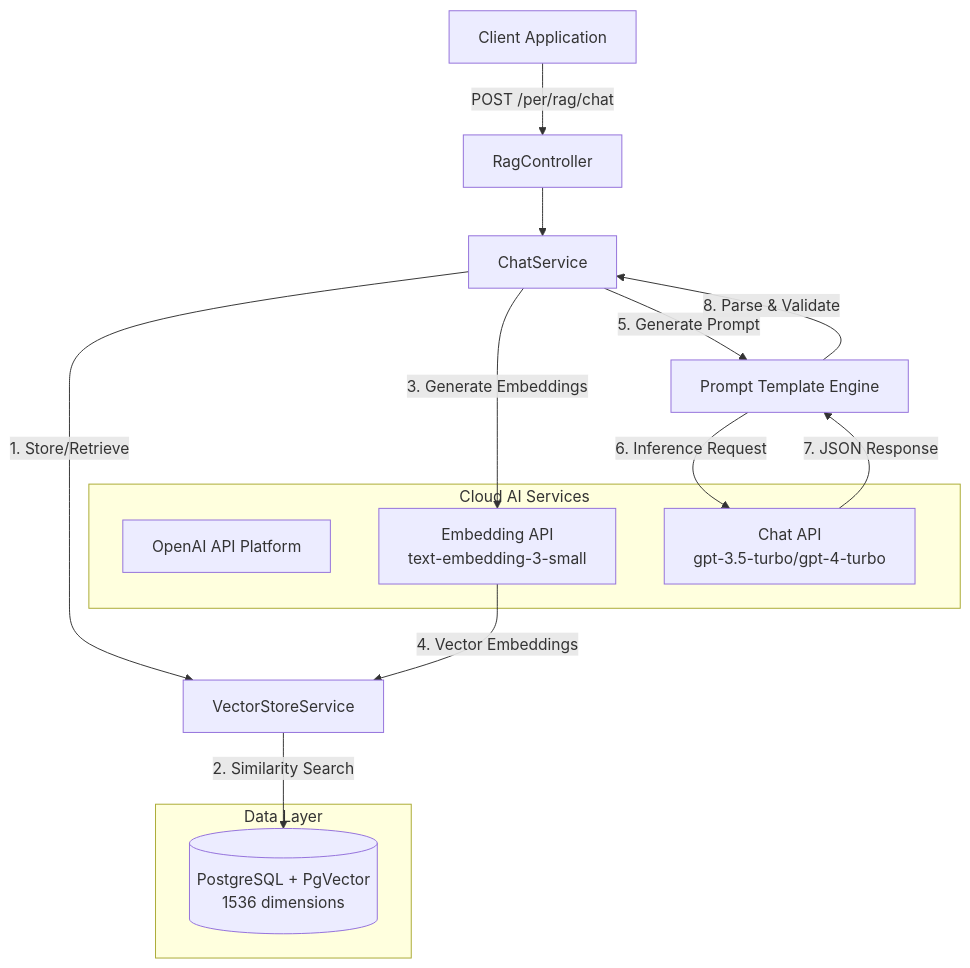
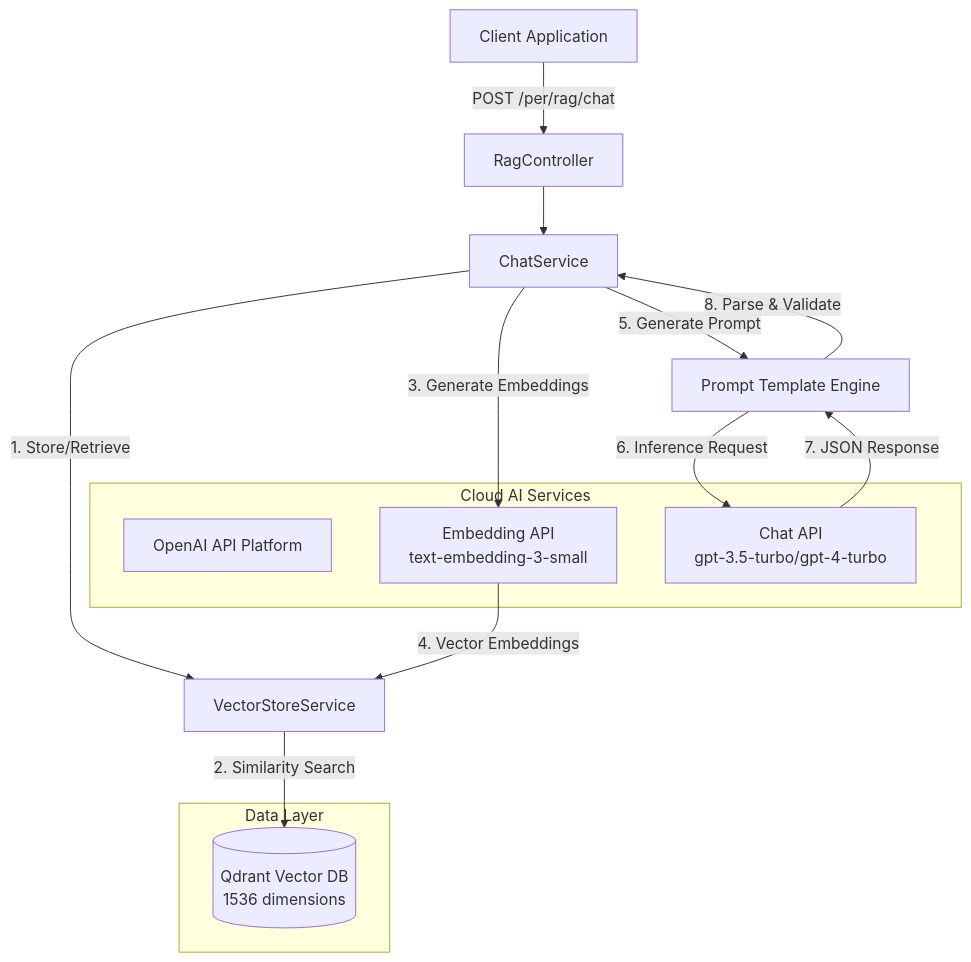
The diagram in document/rag/README_en.rag.md (NguyenMinh1301/Per), drawn with Mermaid before and after one commit. The commit also changed other lines of this file and 5 other files, not shown here.

Commit message:
refactor(rag): migrate vector store implementation to qdrant

````diff
--- a/document/rag/README_en.rag.md
+++ b/document/rag/README_en.rag.md
@@ -36,24 +36,24 @@
 ```mermaid
 graph TD
     Client[Client Application] -->|POST /per/rag/chat| Controller[RagController]
     Controller --> Service[ChatService]
     
     subgraph Data Layer
-        DB[(PostgreSQL + PgVector<br/>1536 dimensions)]
+        Qdrant[(Qdrant Vector DB<br/>1536 dimensions)]
     end
     
     subgraph Cloud AI Services
         OpenAI[OpenAI API Platform]
         EmbedAPI[Embedding API<br/>text-embedding-3-small]
         ChatAPI[Chat API<br/>gpt-3.5-turbo/gpt-4-turbo]
     end
     
     Service -->|1. Store/Retrieve| VectorService[VectorStoreService]
-    VectorService -->|2. Similarity Search| DB
+    VectorService -->|2. Similarity Search| Qdrant
     Service -->|3. Generate Embeddings| EmbedAPI
     EmbedAPI -->|4. Vector Embeddings| VectorService
     Service -->|5. Generate Prompt| PromptTemplate[Prompt Template Engine]
     PromptTemplate -->|6. Inference Request| ChatAPI
     ChatAPI -->|7. JSON Response| PromptTemplate
     PromptTemplate -->|8. Parse & Validate| Service
 ```
````
